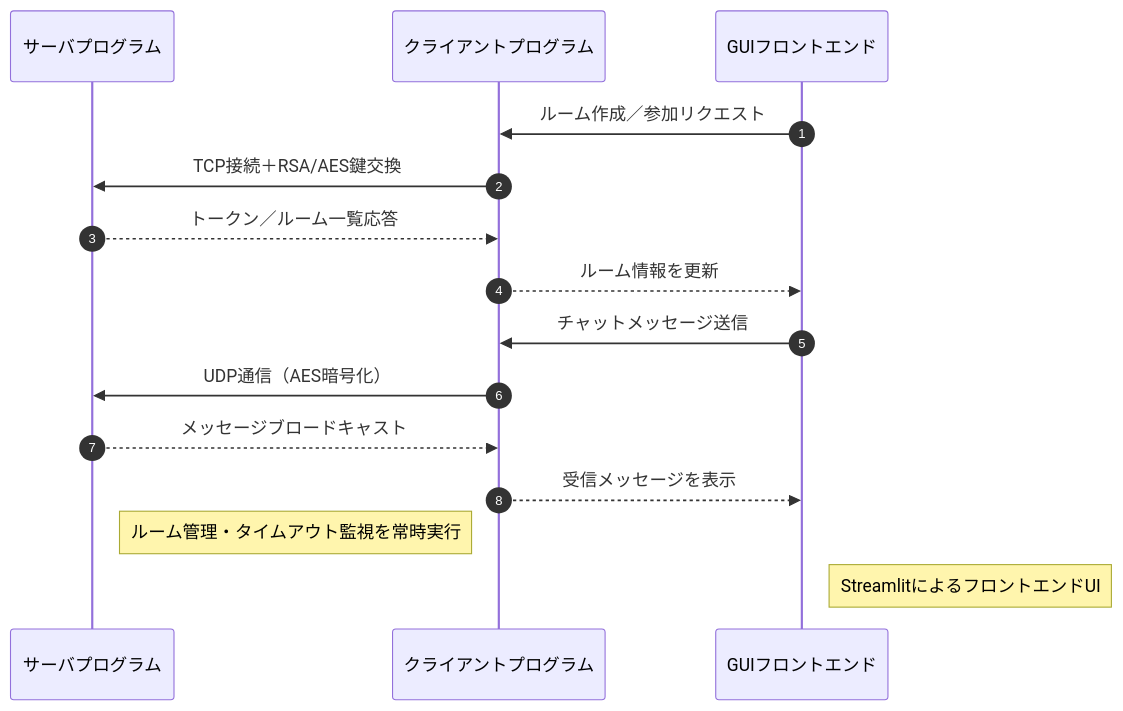
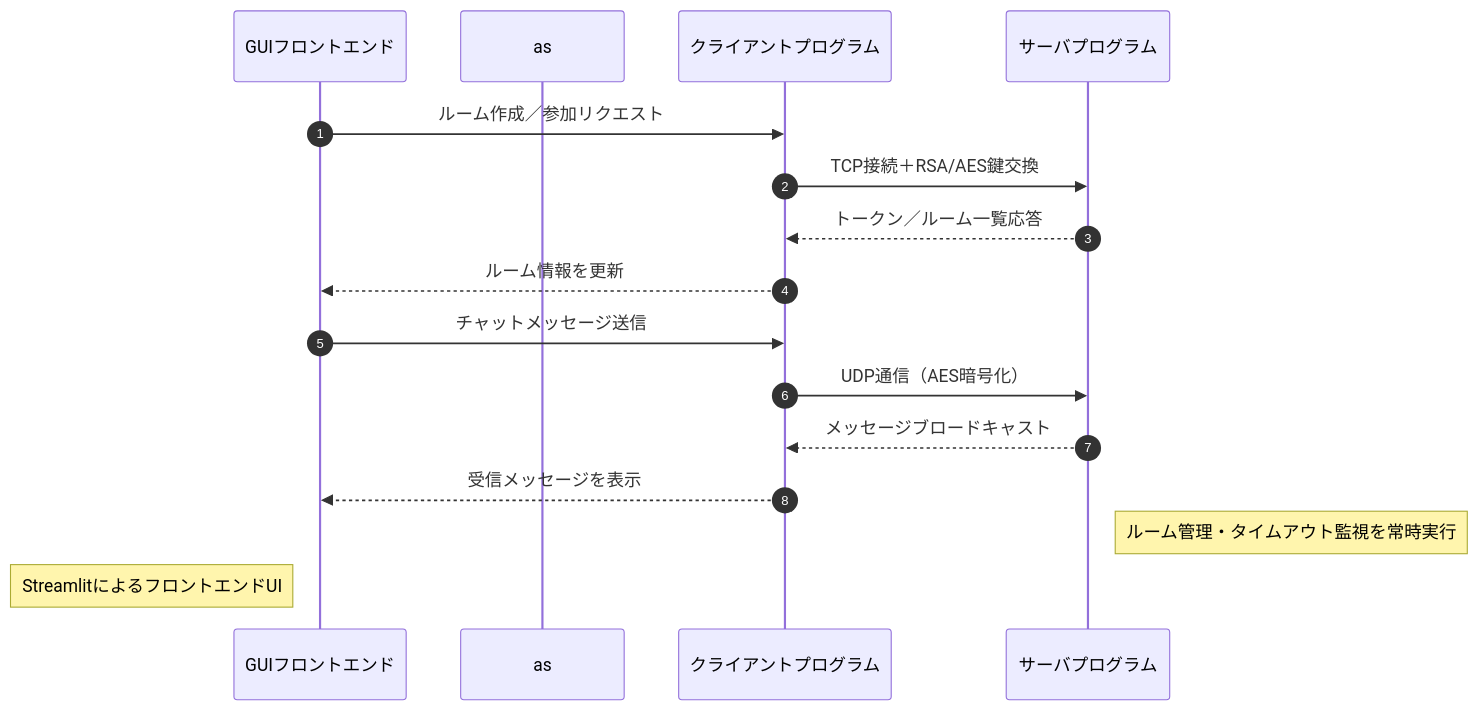
One commit to BackendExplorer/Online-Chat-Service changed the first of 5 diagrams in README.md. Above: the diagram before and after it, drawn with Mermaid.

````diff
--- a/README.md
+++ b/README.md
@@ -1,20 +1,23 @@
 ```mermaid
 sequenceDiagram
     autonumber
-    participant Server as サーバプログラム
-    participant Client as クライアントプログラム
-    participant GUI    as GUIフロントエンド
+    participant GUI      as GUIフロントエンド
+    participant          as 
+    participant Client   as クライアントプログラム
+    participant          as 
+    participant Server   as サーバプログラム
 
     GUI ->> Client: ルーム作成／参加リクエスト
     Client ->> Server: TCP接続＋RSA/AES鍵交換
     Server -->> Client: トークン／ルーム一覧応答
     Client -->> GUI: ルーム情報を更新
 
     GUI ->> Client: チャットメッセージ送信
     Client ->> Server: UDP通信（AES暗号化）
     Server -->> Client: メッセージブロードキャスト
     Client -->> GUI: 受信メッセージを表示
 
     note right of Server: ルーム管理・タイムアウト監視を常時実行
-    note right of GUI: StreamlitによるフロントエンドUI
+    note left of GUI: StreamlitによるフロントエンドUI
+
 ```
````
